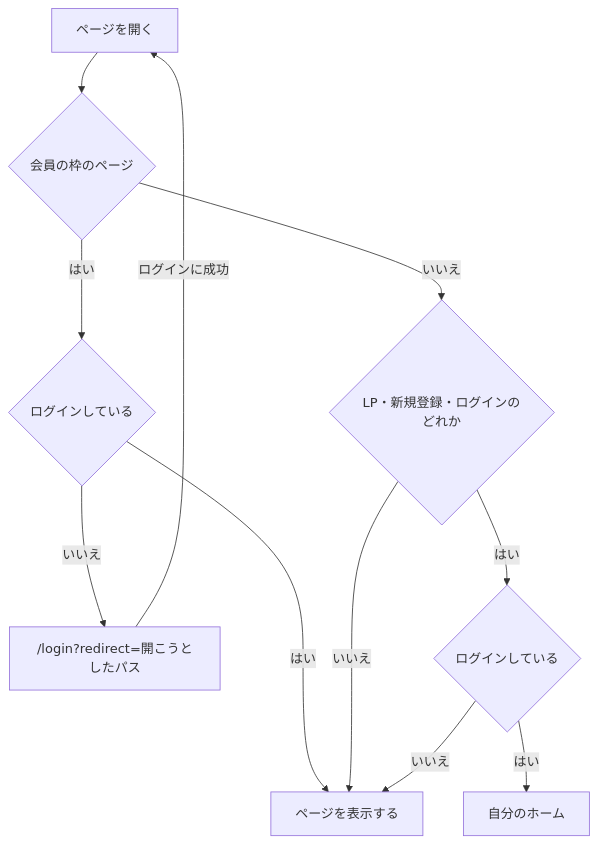
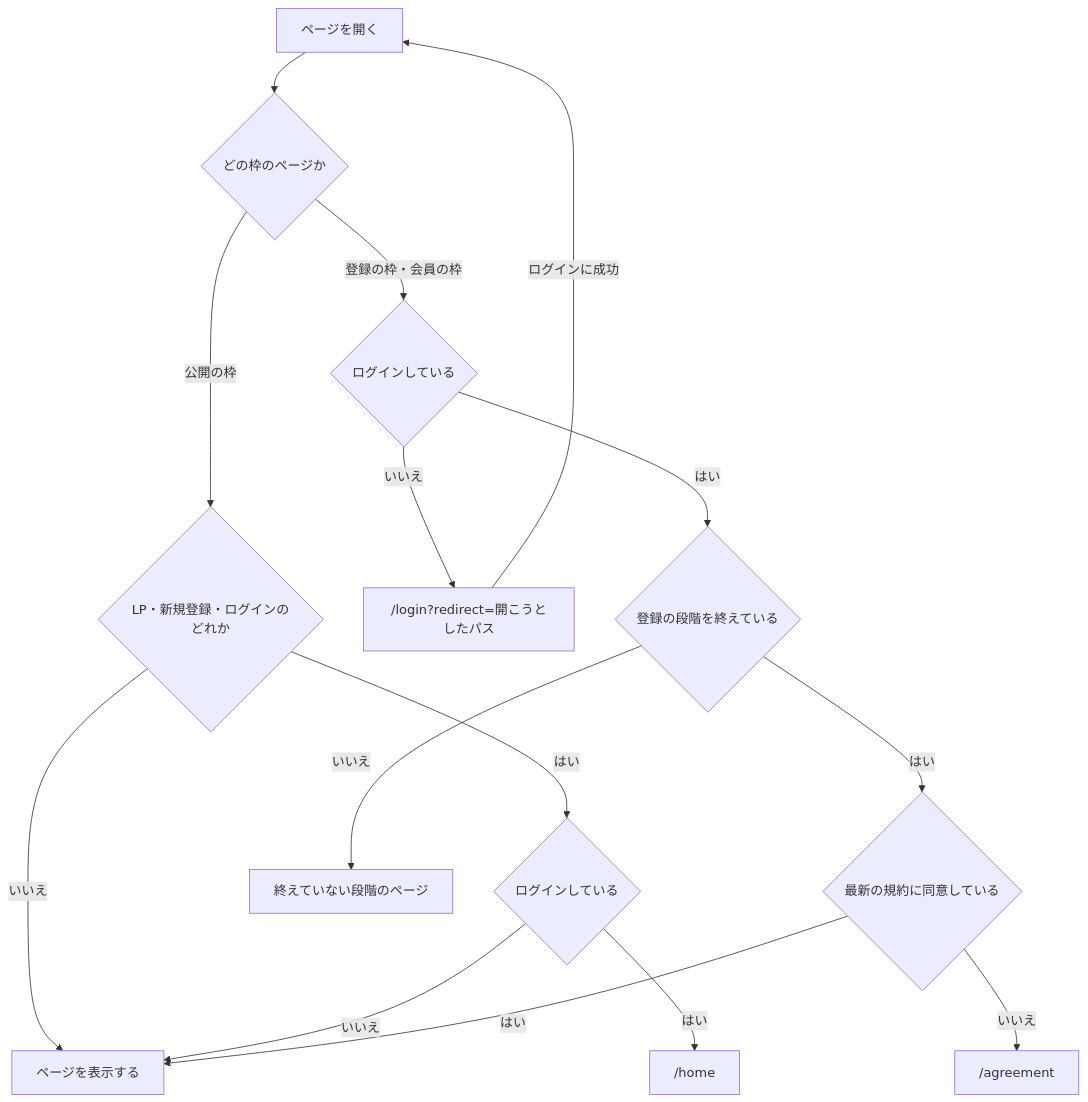
The first of 3 diagrams in apps/wiki/content/docs/pages/user-layout.md (masseater/typescript-template), drawn with Mermaid before and after one commit. The commit also changed other lines of this file and 3 other files, not shown here.

````diff
--- a/apps/wiki/content/docs/pages/user-layout.md
+++ b/apps/wiki/content/docs/pages/user-layout.md
@@ -51,13 +109,17 @@
 ```mermaid
 flowchart TD
-  open["ページを開く"] --> frame{"会員の枠のページ"}
-  frame -- はい --> signedIn{"ログインしている"}
-  signedIn -- はい --> show["ページを表示する"]
+  open["ページを開く"] --> frame{"どの枠のページか"}
+  frame -- 公開の枠 --> entrance{"LP・新規登録・ログインのどれか"}
+  entrance -- いいえ --> show["ページを表示する"]
+  entrance -- はい --> already{"ログインしている"}
+  already -- いいえ --> show
+  already -- はい --> home["/home"]
+  frame -- "登録の枠・会員の枠" --> signedIn{"ログインしている"}
   signedIn -- いいえ --> login["/login?redirect=開こうとしたパス"]
   login -- ログインに成功 --> open
-  frame -- いいえ --> entrance{"LP・新規登録・ログインのどれか"}
-  entrance -- いいえ --> show
-  entrance -- はい --> already{"ログインしている"}
-  already -- いいえ --> show
-  already -- はい --> home["自分のホーム"]
+  signedIn -- はい --> onboarded{"登録の段階を終えている"}
+  onboarded -- いいえ --> welcome["終えていない段階のページ"]
+  onboarded -- はい --> agreed{"最新の規約に同意している"}
+  agreed -- いいえ --> agreement["/agreement"]
+  agreed -- はい --> show
 ```
````
